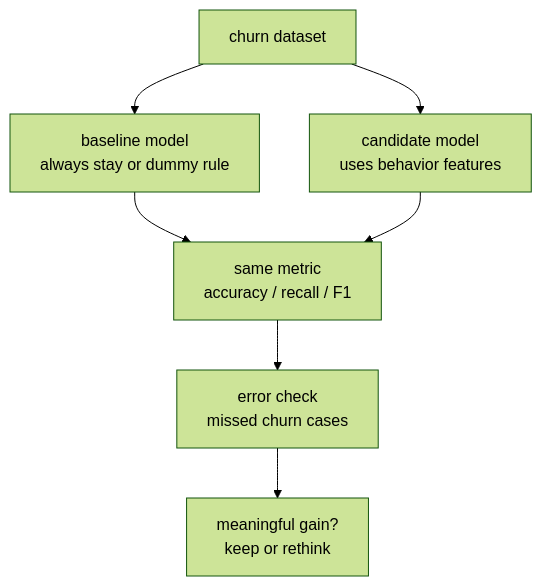
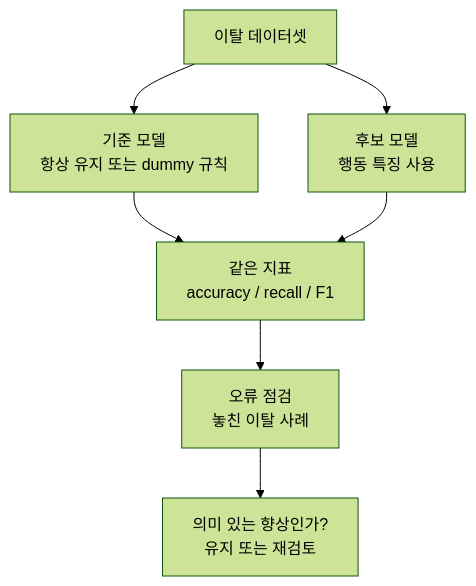
The first of 4 diagrams in docs/parts/part-04/chapter-08/section-02.md (devchan64/AiBook), drawn with Mermaid (forest theme) before and after one commit. The commit also changed other lines of this file and 138 other files, not shown here.

````diff
--- a/docs/parts/part-04/chapter-08/section-02.md
+++ b/docs/parts/part-04/chapter-08/section-02.md
@@ -90,16 +90,16 @@
 ```mermaid
 flowchart TD
-  A["churn dataset"]
-  B["baseline model<br/>always stay or dummy rule"]
-  C["candidate model<br/>uses behavior features"]
-  D["same metric<br/>accuracy / recall / F1"]
-  E["error check<br/>missed churn cases"]
-  F["meaningful gain?<br/>keep or rethink"]
+  A["이탈 데이터셋"]
+  B["기준 모델<br/>항상 유지 또는 dummy 규칙"]
+  C["후보 모델<br/>행동 특징 사용"]
+  D["같은 지표<br/>accuracy / recall / F1"]
+  E["오류 점검<br/>놓친 이탈 사례"]
+  F["의미 있는 향상인가?<br/>유지 또는 재검토"]
 
   A --> B
   A --> C
   B --> D
   C --> D
   D --> E
   E --> F
 ```
````
